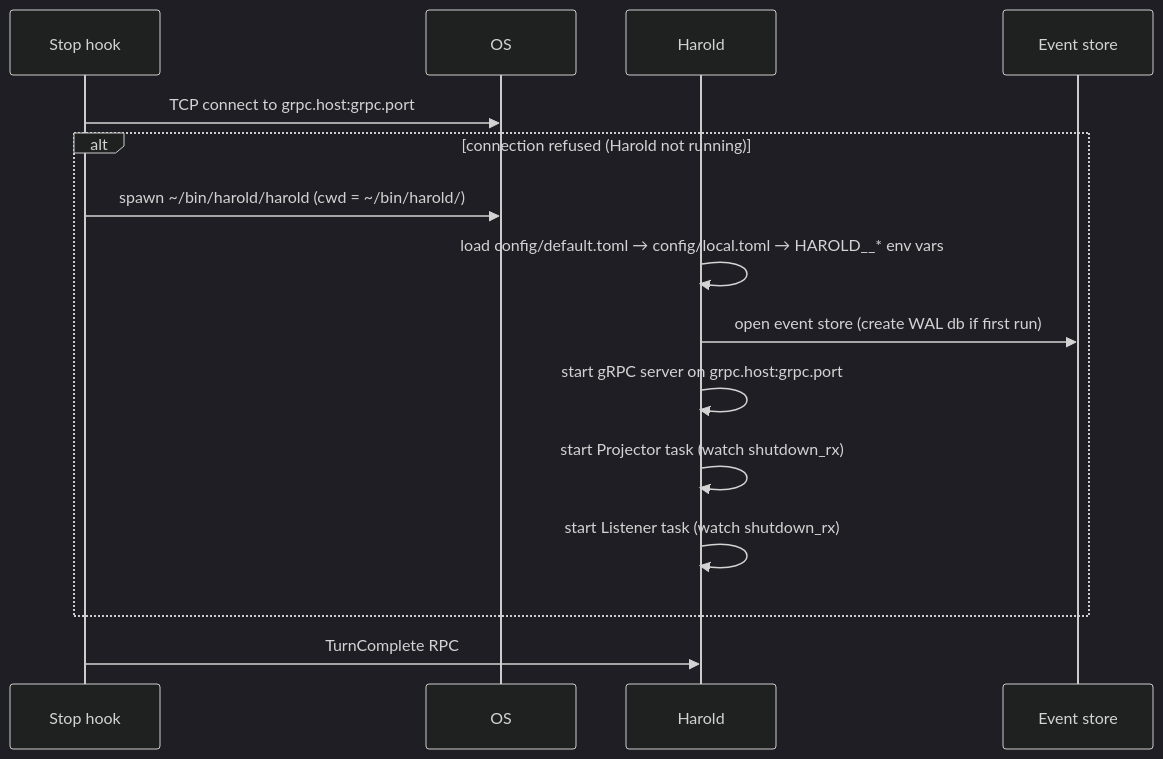
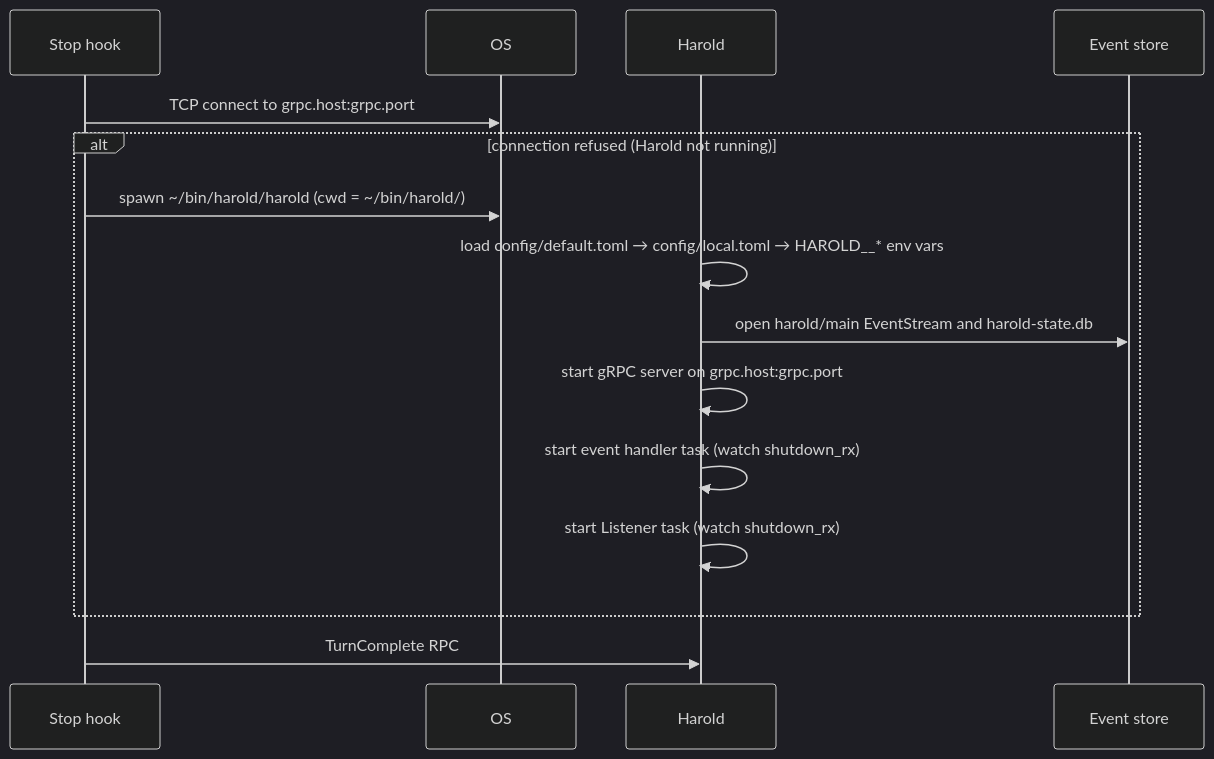
The first of 2 diagrams in docs/references/operation/README.md (kahgeh/harold), drawn with Mermaid (dark theme) before and after one commit. The commit also changed other lines of this file and 33 other files, not shown here.

````diff
--- a/docs/references/operation/README.md
+++ b/docs/references/operation/README.md
@@ -85,18 +85,18 @@
 ```mermaid
 sequenceDiagram
     participant Hook as Stop hook
     participant OS
     participant Harold
     participant Store as Event store
 
     Hook->>OS: TCP connect to grpc.host:grpc.port
     alt connection refused (Harold not running)
         Hook->>OS: spawn ~/bin/harold/harold (cwd = ~/bin/harold/)
         Harold->>Harold: load config/default.toml → config/local.toml → HAROLD__* env vars
-        Harold->>Store: open event store (create WAL db if first run)
+        Harold->>Store: open harold/main EventStream and harold-state.db
         Harold->>Harold: start gRPC server on grpc.host:grpc.port
-        Harold->>Harold: start Projector task (watch shutdown_rx)
+        Harold->>Harold: start event handler task (watch shutdown_rx)
         Harold->>Harold: start Listener task (watch shutdown_rx)
     end
     Hook->>Harold: TurnComplete RPC
 ```
````
